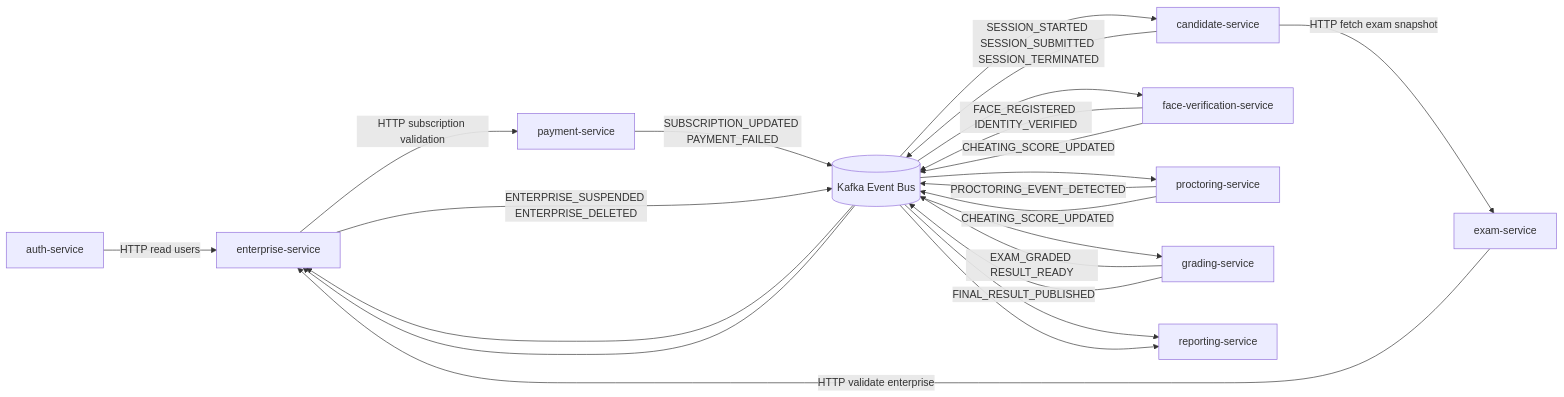
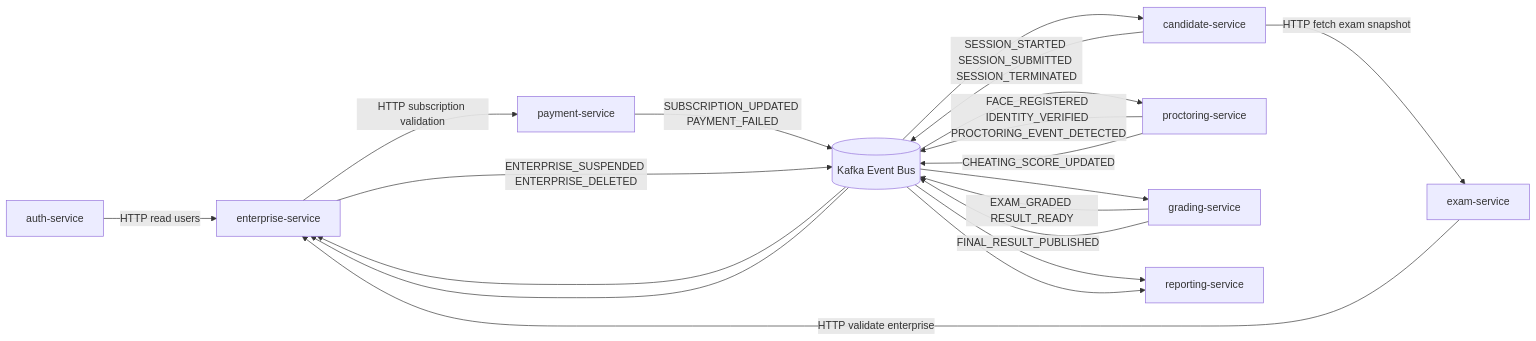
The diagram in docs/architecture.md (tamirat-dejene/veritas), drawn with Mermaid before and after one commit. The commit also changed other lines of this file and 17 other files, not shown here.

Commit message:
refactor: deprecate face-verification-service and migrate functionality into proctoring-service

````diff
--- a/docs/architecture.md
+++ b/docs/architecture.md
@@ -52,46 +51,42 @@
 ```mermaid
 flowchart LR
 	%% Core Services
 	AuthService["auth-service"]
 	EnterpriseService["enterprise-service"]
 	ExamService["exam-service"]
 	CandidateService["candidate-service"]
 	PaymentService["payment-service"]
 
-	FaceService["face-verification-service"]
 	ProctoringService["proctoring-service"]
 	GradingService["grading-service"]
 	ReportingService["reporting-service"]
 
 	Kafka[(Kafka Event Bus)]
 
 	%% Synchronous APIs
 	AuthService -->|HTTP read users| EnterpriseService
 	ExamService -->|HTTP validate enterprise| EnterpriseService
 	CandidateService -->|HTTP fetch exam snapshot| ExamService
 	EnterpriseService -->|HTTP subscription validation| PaymentService
 
 	%% Event Publishing
 	CandidateService -->|SESSION_STARTED SESSION_SUBMITTED SESSION_TERMINATED| Kafka
-	FaceService -->|FACE_REGISTERED IDENTITY_VERIFIED| Kafka
-	ProctoringService -->|PROCTORING_EVENT_DETECTED| Kafka
+	ProctoringService -->|FACE_REGISTERED IDENTITY_VERIFIED PROCTORING_EVENT_DETECTED| Kafka
 	GradingService -->|EXAM_GRADED RESULT_READY| Kafka
 	PaymentService -->|SUBSCRIPTION_UPDATED PAYMENT_FAILED| Kafka
 	EnterpriseService -->|ENTERPRISE_SUSPENDED ENTERPRISE_DELETED| Kafka
 
 	%% Event Consumers
-	Kafka --> FaceService
 	Kafka --> ProctoringService
 	Kafka --> GradingService
 	Kafka --> ReportingService
 	Kafka --> CandidateService
 	Kafka --> EnterpriseService
 
 	%% Cross Domain Reactions
-	FaceService -->|CHEATING_SCORE_UPDATED| Kafka
 	ProctoringService -->|CHEATING_SCORE_UPDATED| Kafka
 	GradingService -->|FINAL_RESULT_PUBLISHED| Kafka
 
 	Kafka --> ReportingService
 	Kafka --> EnterpriseService
 ```
````
